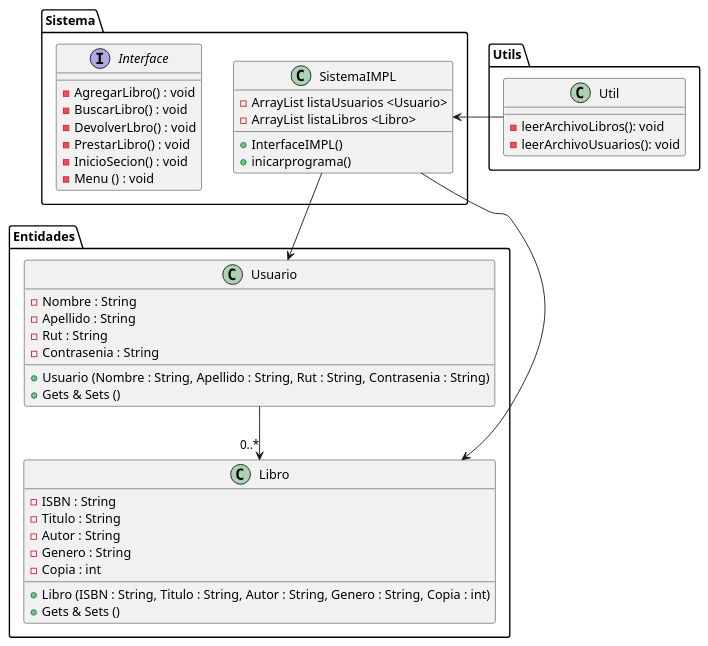
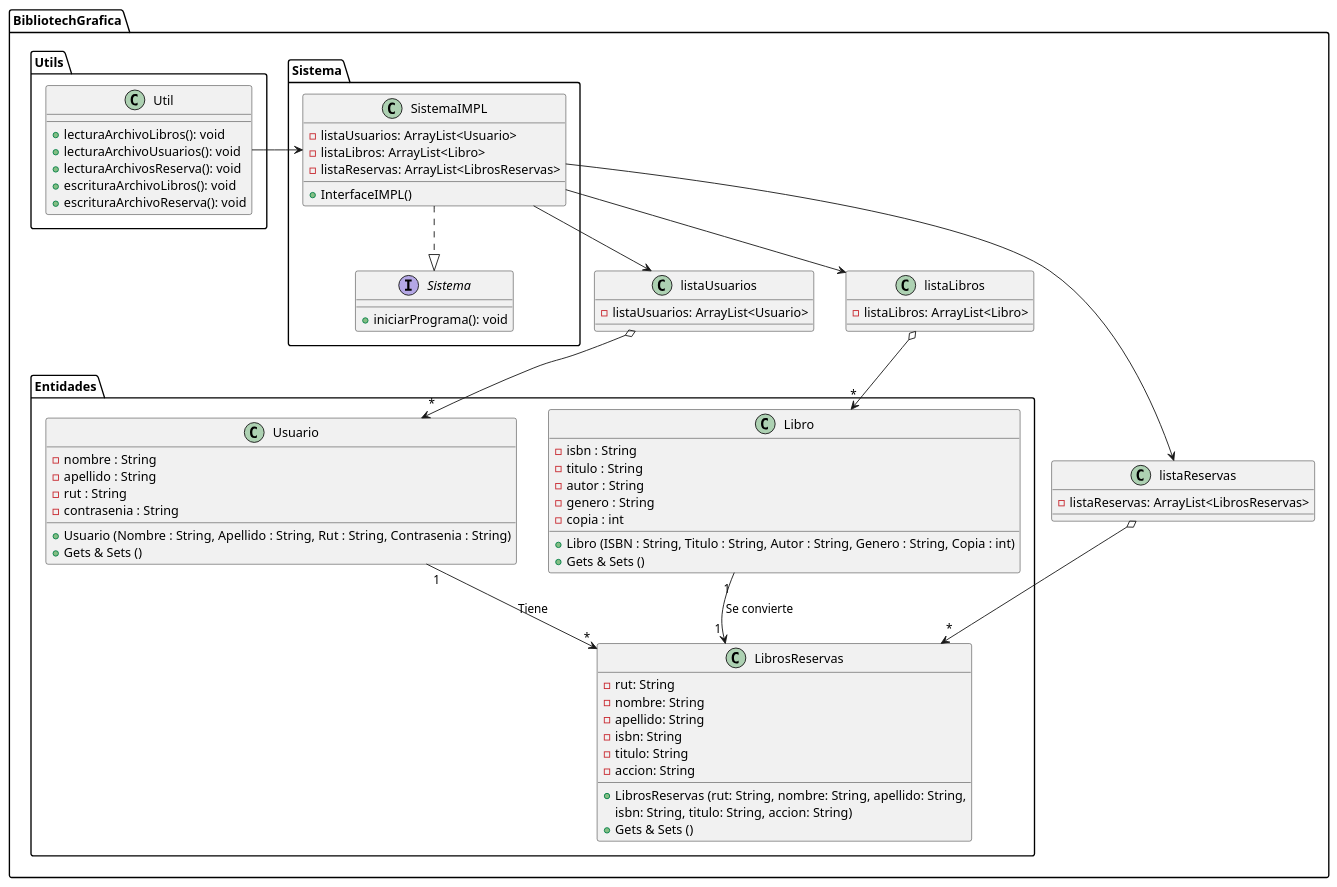
Before and after one commit to diegooblu/Taller-5: the diagram in DiagramaClase.puml, drawn with PlantUML. The commit also changed 14 other files, not shown here.

```diff
--- a/DiagramaClase.puml
+++ b/DiagramaClase.puml
@@ -1,57 +1,88 @@
 @startuml
+
+package BibliotechGrafica {
+
+Class listaUsuarios {
+-listaUsuarios: ArrayList<Usuario>
+}
+
+Class listaLibros {
+-listaLibros: ArrayList<Libro>
+}
+
+Class listaReservas {
+-listaReservas: ArrayList<LibrosReservas>
+}
+
 package Entidades {
 
 Class Usuario {
--Nombre : String
--Apellido : String
--Rut : String
--Contrasenia : String
-+ Usuario (Nombre : String, Apellido : String, Rut : String, Contrasenia : String)
-+ Gets & Sets ()
+-nombre : String
+-apellido : String
+-rut : String
+-contrasenia : String
++Usuario (Nombre : String, Apellido : String, Rut : String, Contrasenia : String)
++Gets & Sets ()
 }
-Usuario --> "0..*"Libro
+Usuario "1" --> "*" LibrosReservas : Tiene
+listaUsuarios o--> "*" Usuario
 
 Class Libro {
--ISBN : String
--Titulo : String
--Autor : String
--Genero : String
--Copia : int
+-isbn : String
+-titulo : String
+-autor : String
+-genero : String
+-copia : int
 +Libro (ISBN : String, Titulo : String, Autor : String, Genero : String, Copia : int)
 +Gets & Sets ()
 }
+Libro "1" --> "1" LibrosReservas : Se convierte
+listaLibros o--> "*" Libro
 
+Class LibrosReservas {
+-rut: String
+-nombre: String
+-apellido: String
+-isbn: String
+-titulo: String
+-accion: String
++LibrosReservas (rut: String, nombre: String, apellido: String,
+ isbn: String, titulo: String, accion: String)
++Gets & Sets ()
+}
+listaReservas o--> "*" LibrosReservas
 }
 
 package Sistema {
 
 Class SistemaIMPL{
--ArrayList listaUsuarios <Usuario>
--ArrayList listaLibros <Libro>
+-listaUsuarios: ArrayList<Usuario>
+-listaLibros: ArrayList<Libro>
+-listaReservas: ArrayList<LibrosReservas>
 +InterfaceIMPL()
-+inicarprograma()
 }
-SistemaIMPL --> Usuario
-SistemaIMPL --> Libro
+SistemaIMPL --> listaUsuarios
+SistemaIMPL --> listaLibros
+SistemaIMPL --> listaReservas
 
-Interface Interface{
--AgregarLibro() : void
--BuscarLibro() : void
--DevolverLbro() : void
--PrestarLibro() : void
--InicioSecion() : void
--Menu () : void
+Interface Sistema{
++iniciarPrograma(): void
 }
+SistemaIMPL..|> Sistema
 
 }
 
 package Utils {
 
 Class Util {
--leerArchivoLibros(): void
--leerArchivoUsuarios(): void
++lecturaArchivoLibros(): void
++lecturaArchivoUsuarios(): void
++lecturaArchivosReserva(): void
++escrituraArchivoLibros(): void
++escrituraArchivoReserva(): void
 }
 Util -left->  SistemaIMPL
 
 }
+}
 @enduml
```
